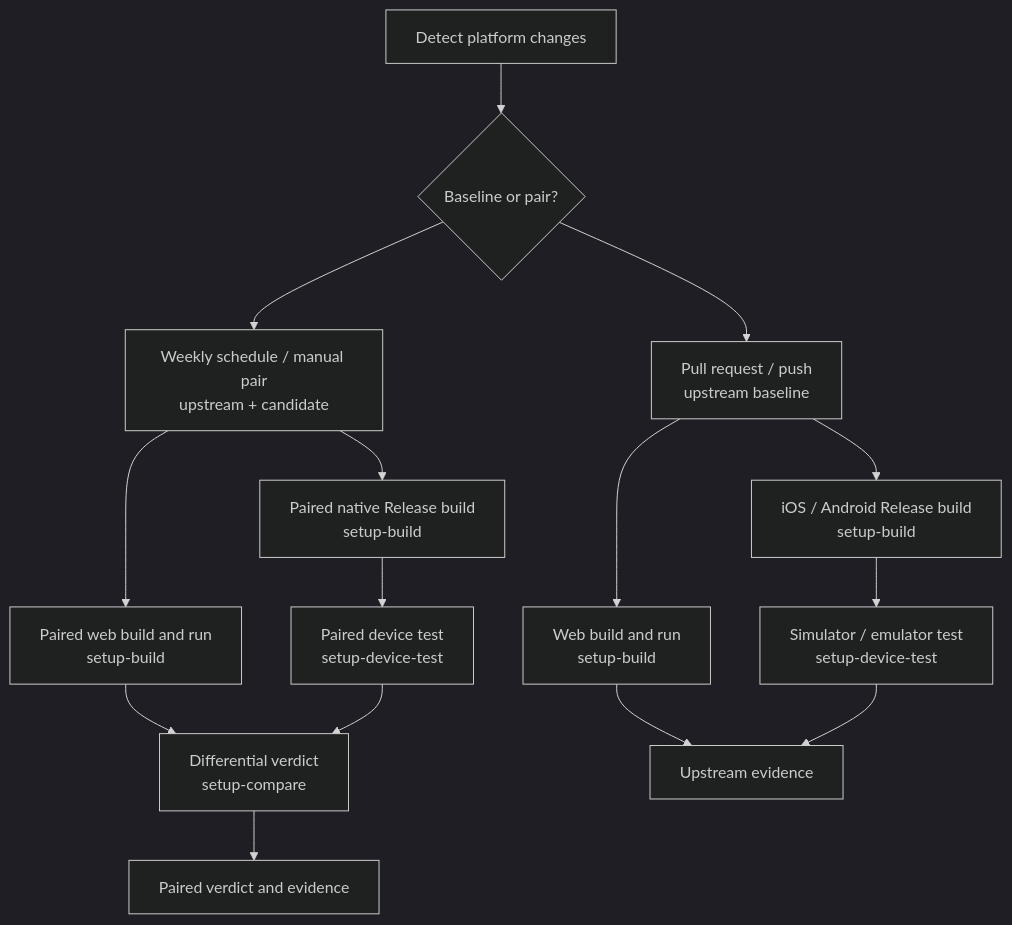
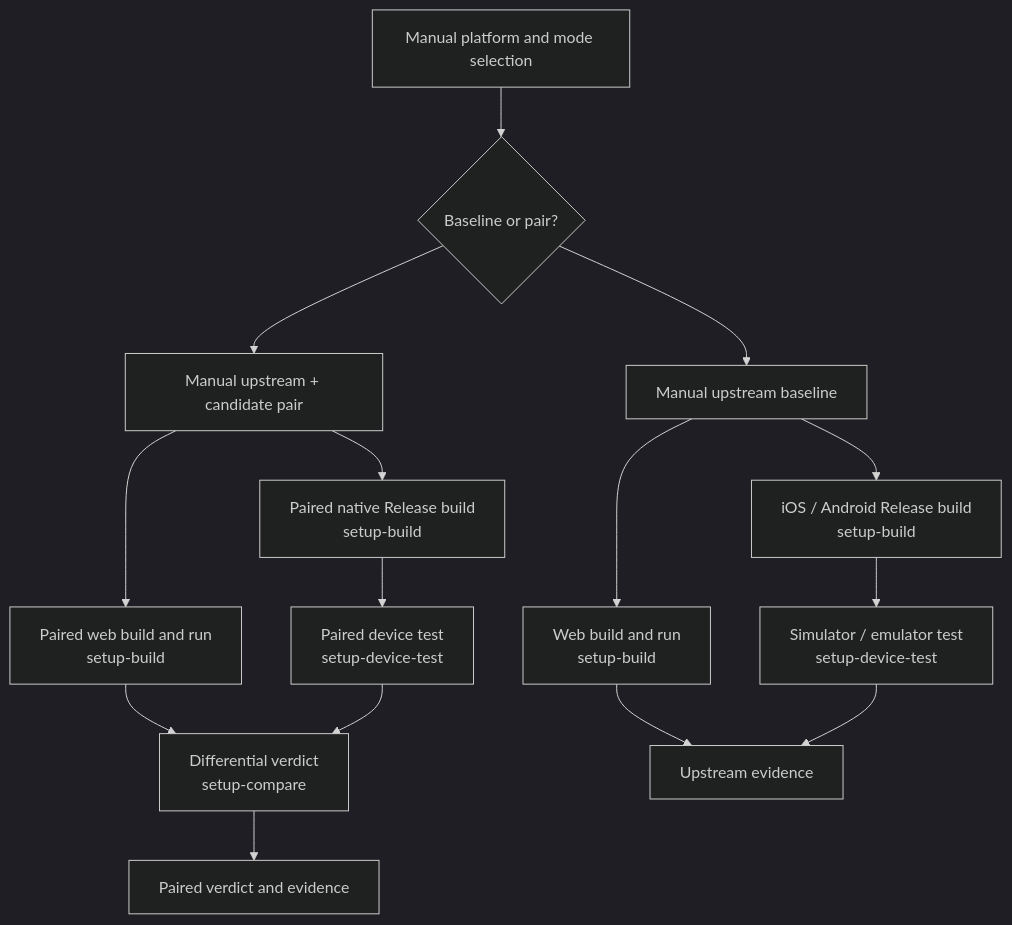
One commit to okikeSolutions/better-native changed the third of 4 diagrams in docs/architecture.md. Above: the diagram before and after it, drawn with Mermaid (dark theme). The commit also changed other lines of this file and 11 other files, not shown here.

````diff
--- a/docs/architecture.md
+++ b/docs/architecture.md
@@ -318,28 +320,28 @@
 ```mermaid
 flowchart TB
-  Change["Detect platform changes"]
+  Dispatch["Manual platform and mode selection"]
   Mode{"Baseline or pair?"}
-  Change --> Mode
+  Dispatch --> Mode
 
-  Baseline["Pull request / push<br/>upstream baseline"]
-  Pair["Weekly schedule / manual pair<br/>upstream + candidate"]
+  Baseline["Manual upstream baseline"]
+  Pair["Manual upstream + candidate pair"]
   Mode --> Baseline
   Mode --> Pair
 
   WebBaseline["Web build and run<br/>setup-build"]
   NativeBuild["iOS / Android Release build<br/>setup-build"]
   Device["Simulator / emulator test<br/>setup-device-test"]
   PairWeb["Paired web build and run<br/>setup-build"]
   PairBuild["Paired native Release build<br/>setup-build"]
   PairDevice["Paired device test<br/>setup-device-test"]
   Compare["Differential verdict<br/>setup-compare"]
 
   Baseline --> WebBaseline
   Baseline --> NativeBuild --> Device
   Pair --> PairWeb --> Compare
   Pair --> PairBuild --> PairDevice --> Compare
 
   WebBaseline --> BaselineEvidence["Upstream evidence"]
   Device --> BaselineEvidence
   Compare --> PairEvidence["Paired verdict and evidence"]
 ```
````
